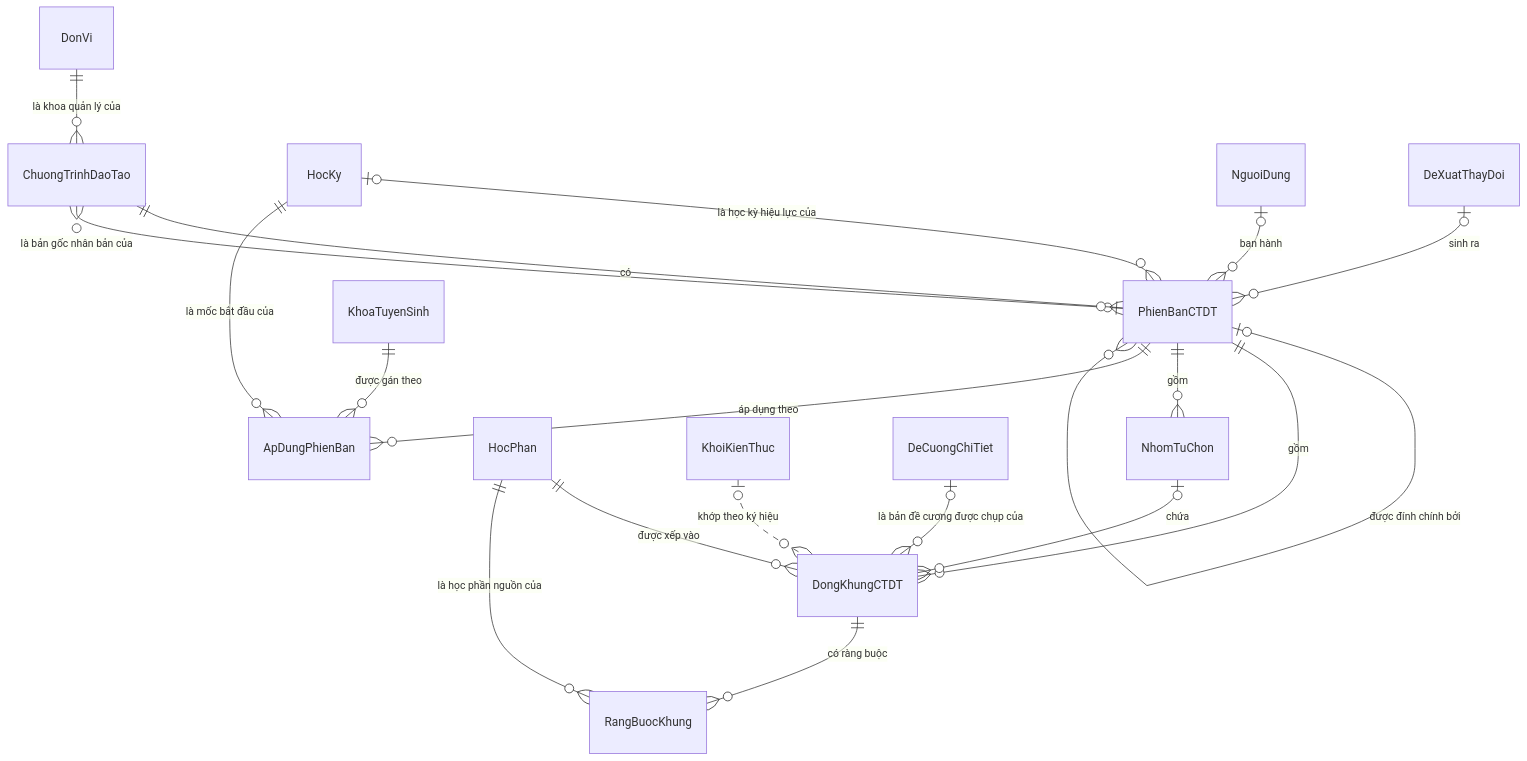
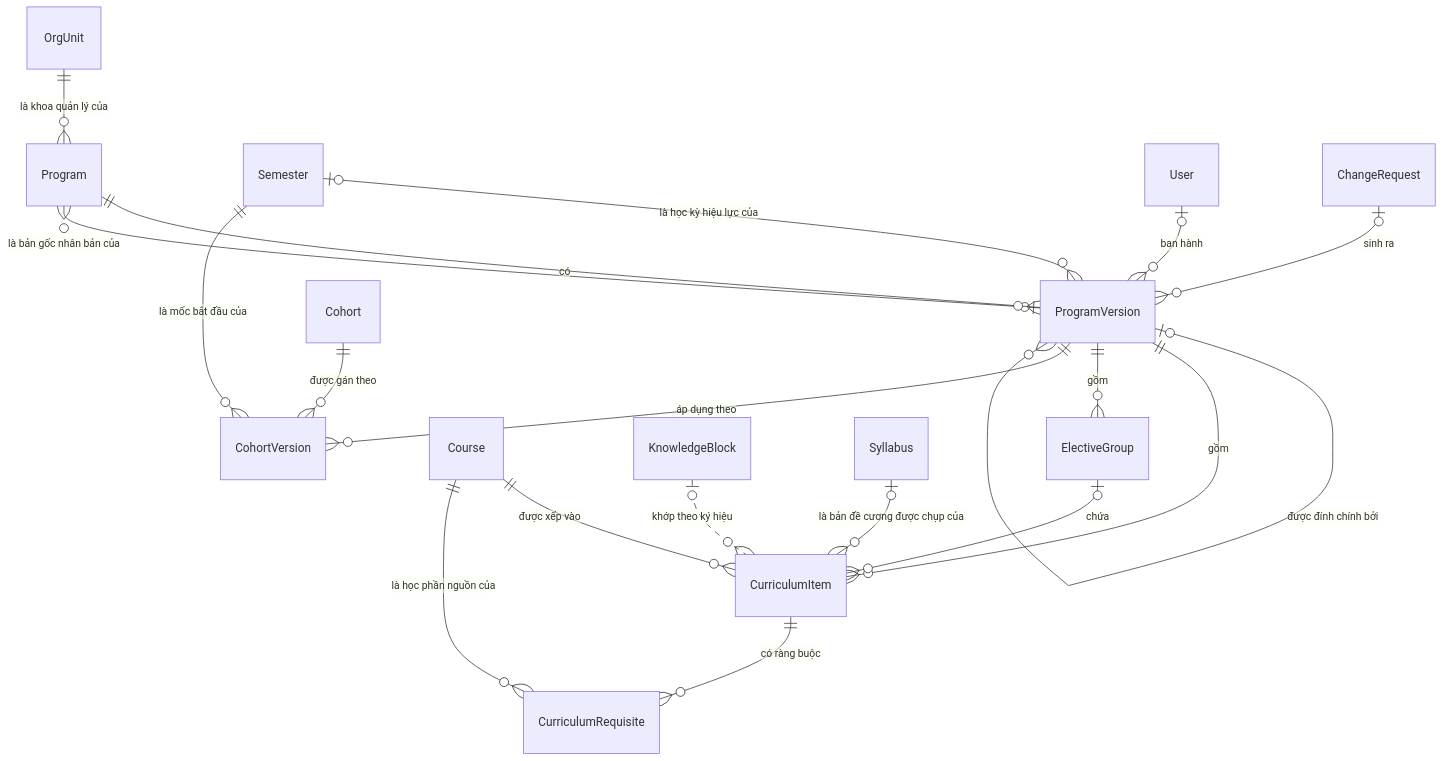
One commit to 4UT15T1Ck/curriculum-management changed the third of 7 diagrams in docs/design/erd.md. Above: the diagram before and after it, drawn with Mermaid. The commit also changed other lines of this file and 71 other files, not shown here.

````diff
--- a/docs/design/erd.md
+++ b/docs/design/erd.md
@@ -71,22 +74,22 @@
 ```mermaid
 erDiagram
-    DonVi ||--o{ ChuongTrinhDaoTao : "là khoa quản lý của"
-    PhienBanCTDT |o--o{ ChuongTrinhDaoTao : "là bản gốc nhân bản của"
-    ChuongTrinhDaoTao ||--o{ PhienBanCTDT : "có"
-    PhienBanCTDT |o--o{ PhienBanCTDT : "là phiên bản trước của"
-    PhienBanCTDT |o--o{ PhienBanCTDT : "được đính chính bởi"
-    HocKy |o--o{ PhienBanCTDT : "là học kỳ hiệu lực của"
-    NguoiDung |o--o{ PhienBanCTDT : "ban hành"
-    DeXuatThayDoi |o--o{ PhienBanCTDT : "sinh ra"
-    PhienBanCTDT ||--o{ DongKhungCTDT : "gồm"
-    PhienBanCTDT ||--o{ NhomTuChon : "gồm"
-    NhomTuChon |o--o{ DongKhungCTDT : "chứa"
-    HocPhan ||--o{ DongKhungCTDT : "được xếp vào"
-    KhoiKienThuc |o..o{ DongKhungCTDT : "khớp theo ký hiệu"
-    DeCuongChiTiet |o--o{ DongKhungCTDT : "là bản đề cương được chụp của"
-    DongKhungCTDT ||--o{ RangBuocKhung : "có ràng buộc"
-    HocPhan ||--o{ RangBuocKhung : "là học phần nguồn của"
-    PhienBanCTDT ||--o{ ApDungPhienBan : "áp dụng theo"
-    KhoaTuyenSinh ||--o{ ApDungPhienBan : "được gán theo"
-    HocKy ||--o{ ApDungPhienBan : "là mốc bắt đầu của"
+    OrgUnit ||--o{ Program : "là khoa quản lý của"
+    ProgramVersion |o--o{ Program : "là bản gốc nhân bản của"
+    Program ||--o{ ProgramVersion : "có"
+    ProgramVersion |o--o{ ProgramVersion : "là phiên bản trước của"
+    ProgramVersion |o--o{ ProgramVersion : "được đính chính bởi"
+    Semester |o--o{ ProgramVersion : "là học kỳ hiệu lực của"
+    User |o--o{ ProgramVersion : "ban hành"
+    ChangeRequest |o--o{ ProgramVersion : "sinh ra"
+    ProgramVersion ||--o{ CurriculumItem : "gồm"
+    ProgramVersion ||--o{ ElectiveGroup : "gồm"
+    ElectiveGroup |o--o{ CurriculumItem : "chứa"
+    Course ||--o{ CurriculumItem : "được xếp vào"
+    KnowledgeBlock |o..o{ CurriculumItem : "khớp theo ký hiệu"
+    Syllabus |o--o{ CurriculumItem : "là bản đề cương được chụp của"
+    CurriculumItem ||--o{ CurriculumRequisite : "có ràng buộc"
+    Course ||--o{ CurriculumRequisite : "là học phần nguồn của"
+    ProgramVersion ||--o{ CohortVersion : "áp dụng theo"
+    Cohort ||--o{ CohortVersion : "được gán theo"
+    Semester ||--o{ CohortVersion : "là mốc bắt đầu của"
 ```
````
